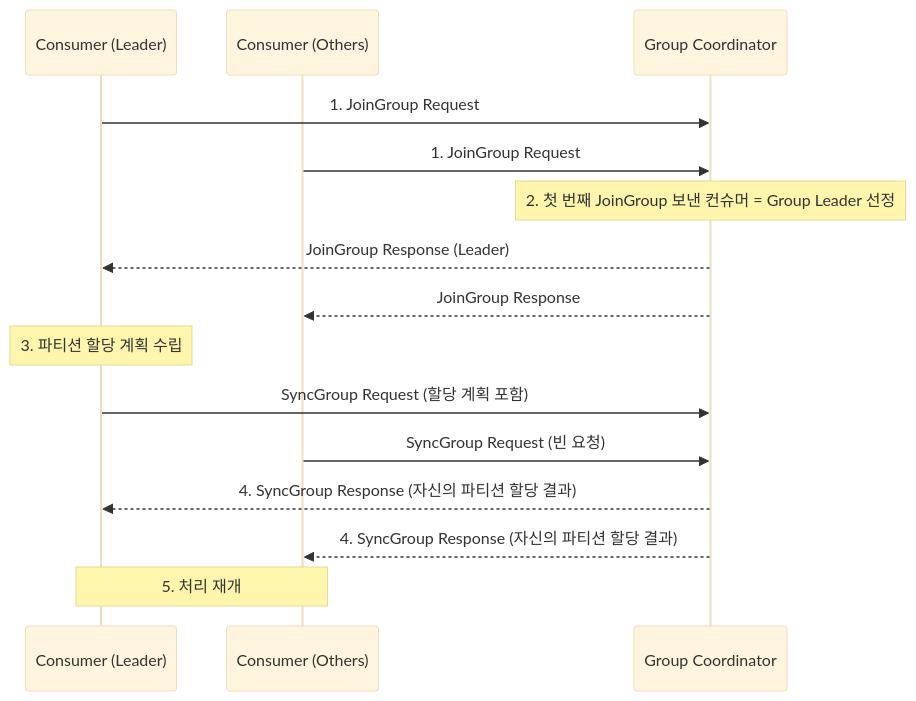
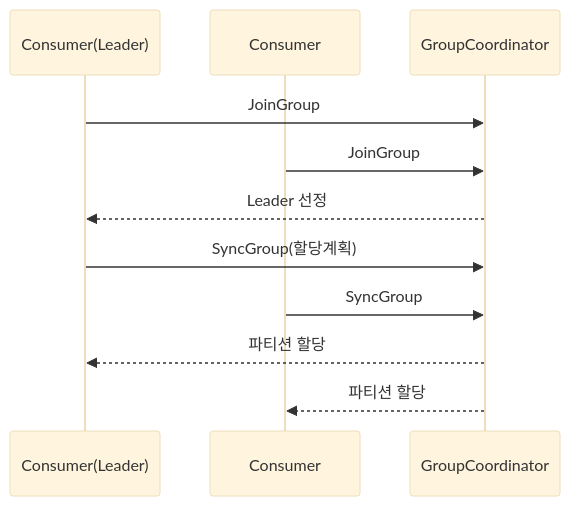
Before and after one commit to yjkim2015/yjkim2015.github.io: the tenth of 21 diagrams in _posts/kafka/2026-05-01-kafka-internals.md, drawn with Mermaid (base theme). The commit also changed other lines of this file and 215 other files, not shown here.

First line of the commit message:
신규 포스트 10개 추가 + Mermaid 전면 축소 + SystemDesign 시리즈 보강

````diff
--- a/_posts/kafka/2026-05-01-kafka-internals.md
+++ b/_posts/kafka/2026-05-01-kafka-internals.md
@@ -335,17 +288,13 @@
 ```mermaid
 sequenceDiagram
-    participant C1 as Consumer (Leader)
-    participant C2 as Consumer (Others)
-    participant GC as Group Coordinator
-    C1->>GC: 1. JoinGroup Request
-    C2->>GC: 1. JoinGroup Request
-    Note over GC: 2. 첫 번째 JoinGroup 보낸 컨슈머 = Group Leader 선정
-    GC-->>C1: JoinGroup Response (Leader)
-    GC-->>C2: JoinGroup Response
-    Note over C1: 3. 파티션 할당 계획 수립
-    C1->>GC: SyncGroup Request (할당 계획 포함)
-    C2->>GC: SyncGroup Request (빈 요청)
-    GC-->>C1: 4. SyncGroup Response (자신의 파티션 할당 결과)
-    GC-->>C2: 4. SyncGroup Response (자신의 파티션 할당 결과)
-    Note over C1,C2: 5. 처리 재개
+    participant C1 as Consumer(Leader)
+    participant C2 as Consumer
+    participant GC as GroupCoordinator
+    C1->>GC: JoinGroup
+    C2->>GC: JoinGroup
+    GC-->>C1: Leader 선정
+    C1->>GC: SyncGroup(할당계획)
+    C2->>GC: SyncGroup
+    GC-->>C1: 파티션 할당
+    GC-->>C2: 파티션 할당
 ```
````
